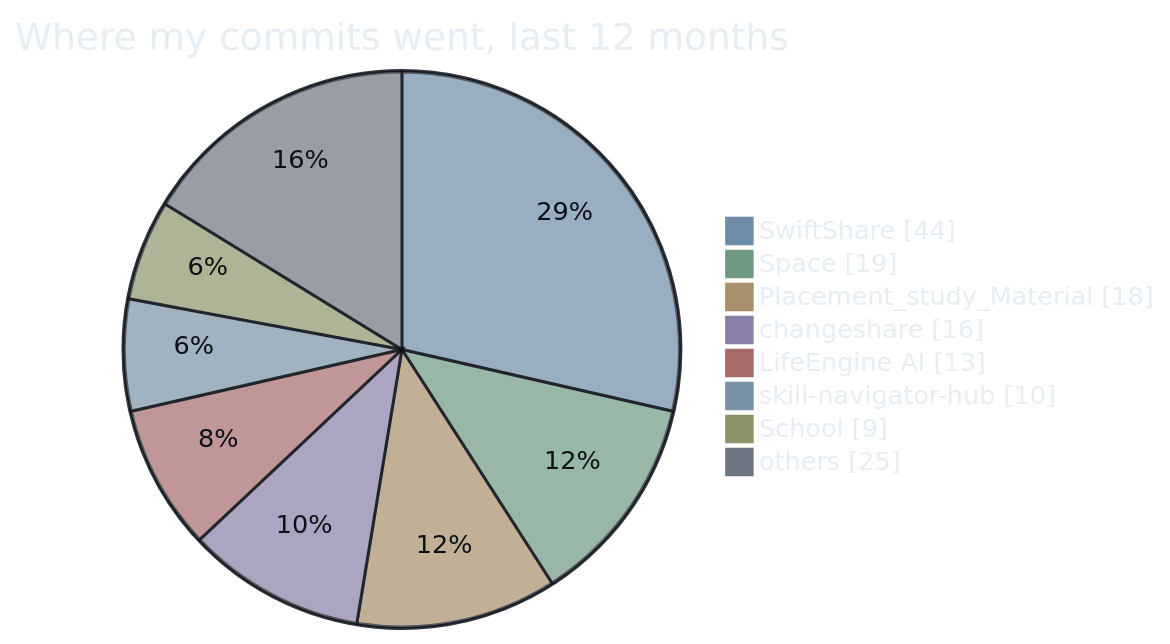
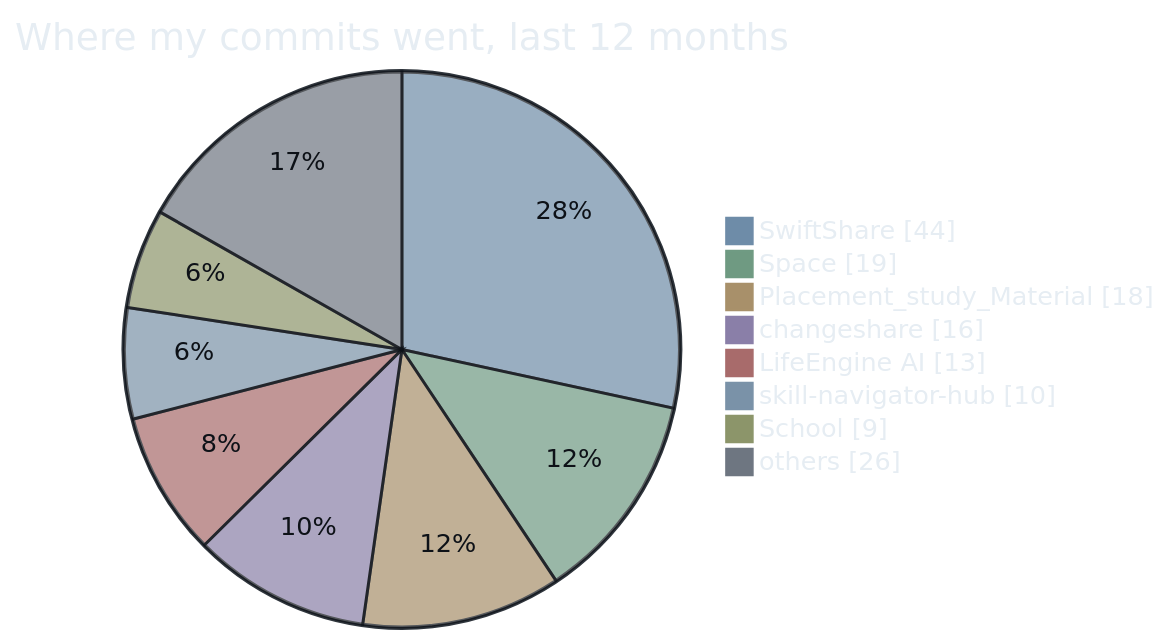
The seventh of 7 diagrams in README.md (AyushPandey510/AyushPandey510), drawn with Mermaid before and after one commit. The commit also changed other lines of this file and 9 other files, not shown here.

````diff
--- a/README.md
+++ b/README.md
@@ -187,12 +187,12 @@
 ```mermaid
 %%{init: {"theme":"base","themeVariables":{"pie1":"#6E8CA8","pie2":"#6F9A82","pie3":"#A8906A","pie4":"#8A7FA8","pie5":"#A86B6B","pie6":"#7A92A8","pie7":"#8C956A","pie8":"#6E7681","pieStrokeColor":"#0D1117","pieStrokeWidth":"2px","pieOuterStrokeColor":"#30363D","pieTitleTextColor":"#E6EDF3","pieSectionTextColor":"#0D1117","pieLegendTextColor":"#E6EDF3","fontFamily":"monospace"}}}%%
 pie showData title Where my commits went, last 12 months
     "SwiftShare" : 44
     "Space" : 19
     "Placement_study_Material" : 18
     "changeshare" : 16
     "LifeEngine AI" : 13
     "skill-navigator-hub" : 10
     "School" : 9
-    "others" : 25
+    "others" : 26
 ```
````
